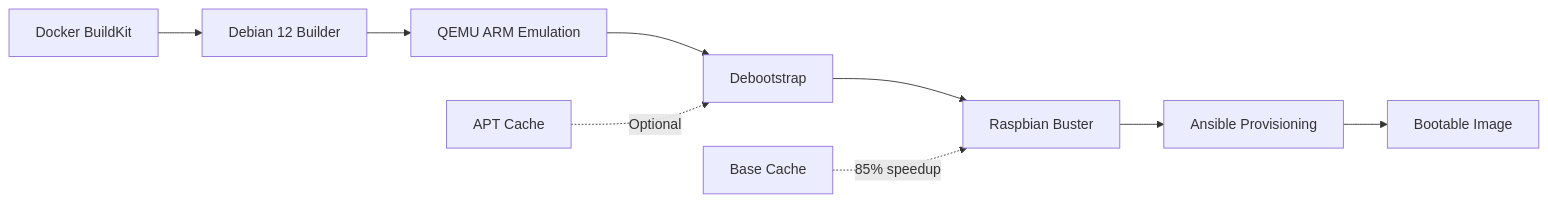
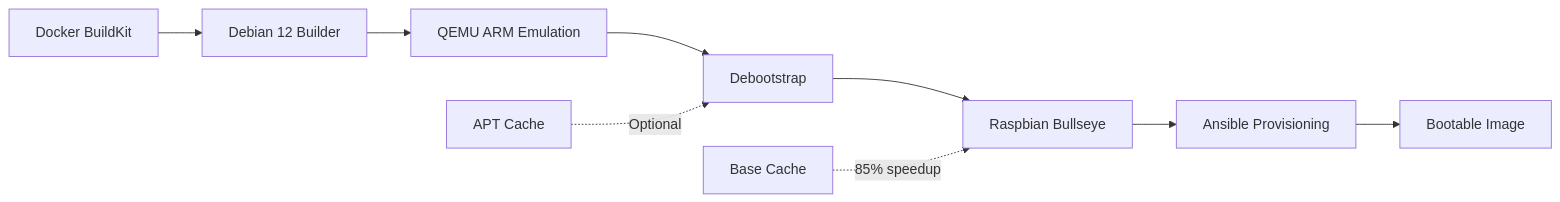
One commit to pimeleon/build-pimeleon changed the diagram in docs/index.md. Above: the diagram before and after it, drawn with Mermaid. The commit also changed other lines of this file and 10 other files, not shown here.

````diff
--- a/docs/index.md
+++ b/docs/index.md
@@ -95,12 +95,12 @@
 ```mermaid
 graph LR
     A[Docker BuildKit] --> B[Debian 12 Builder]
     B --> C[QEMU ARM Emulation]
     C --> D[Debootstrap]
-    D --> E[Raspbian Buster]
+    D --> E[Raspbian Bullseye]
     E --> F[Ansible Provisioning]
     F --> G[Bootable Image]
 
     H[APT Cache] -.->|Optional| D
     I[Base Cache] -.->|85% speedup| E
 ```
````
